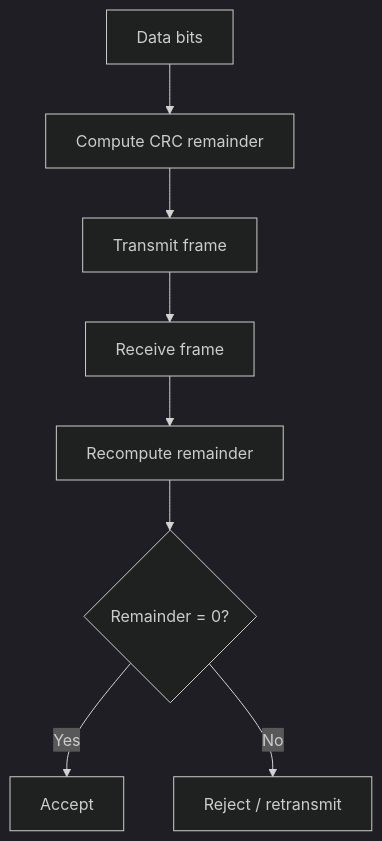
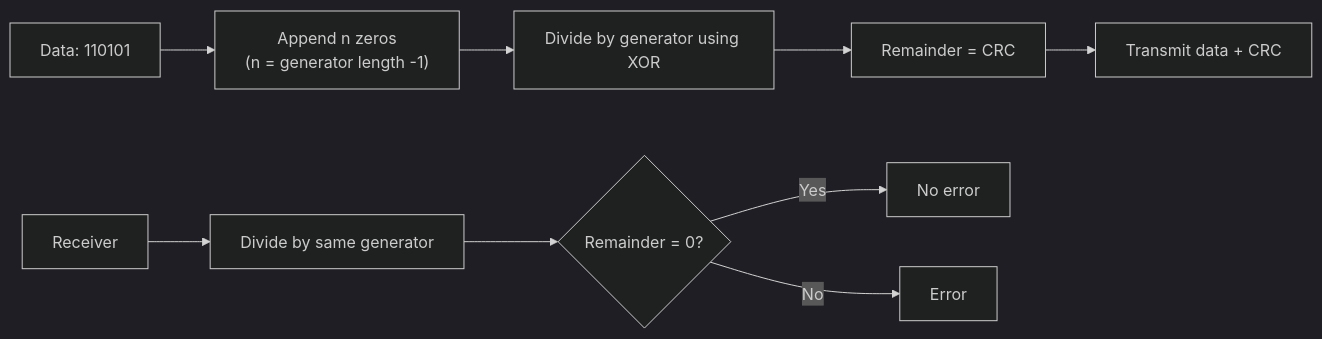
One commit to manishkumar8312/CS-Fundamentals changed the fourth of 14 diagrams in Computer Network/Ch 04 - Data Link Layer.md. Above: the diagram before and after it, drawn with Mermaid (dark theme). The commit also changed other lines of this file, not shown here.

Commit message:
data link layer

````diff
--- a/Computer Network/Ch 04 - Data Link Layer.md
+++ b/Computer Network/Ch 04 - Data Link Layer.md
@@ -88,10 +98,11 @@
 ```mermaid
-flowchart TD
-    D[Data bits] --> CRC[Compute CRC remainder]
-    CRC --> Tx[Transmit frame]
-    Tx --> Rx[Receive frame]
-    Rx --> Recompute[Recompute remainder]
-    Recompute --> Check{Remainder = 0?}
-    Check -- Yes --> Accept[Accept]
-    Check -- No --> Reject[Reject / retransmit]
+flowchart LR
+    Data["Data: 110101"] --> Append["Append n zeros<br/>(n = generator length -1)"]
+    Append --> Div[Divide by generator using XOR]
+    Div --> Rem[Remainder = CRC]
+    Rem --> Transmit["Transmit data + CRC"]
+    Receive[Receiver] --> Div2[Divide by same generator]
+    Div2 --> Zero{Remainder = 0?}
+    Zero -->|Yes| Good[No error]
+    Zero -->|No| Bad[Error]
 ```
````
